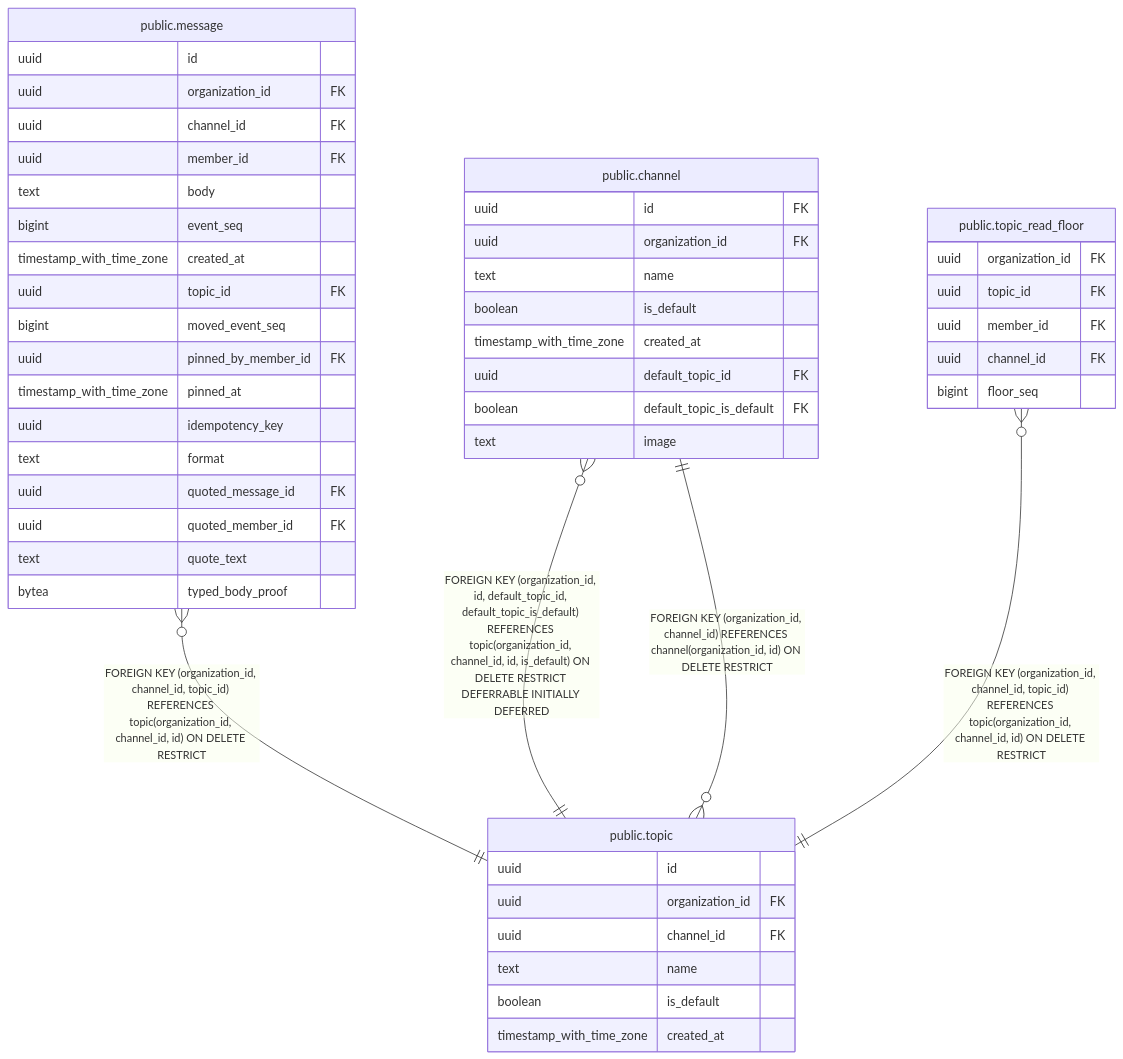
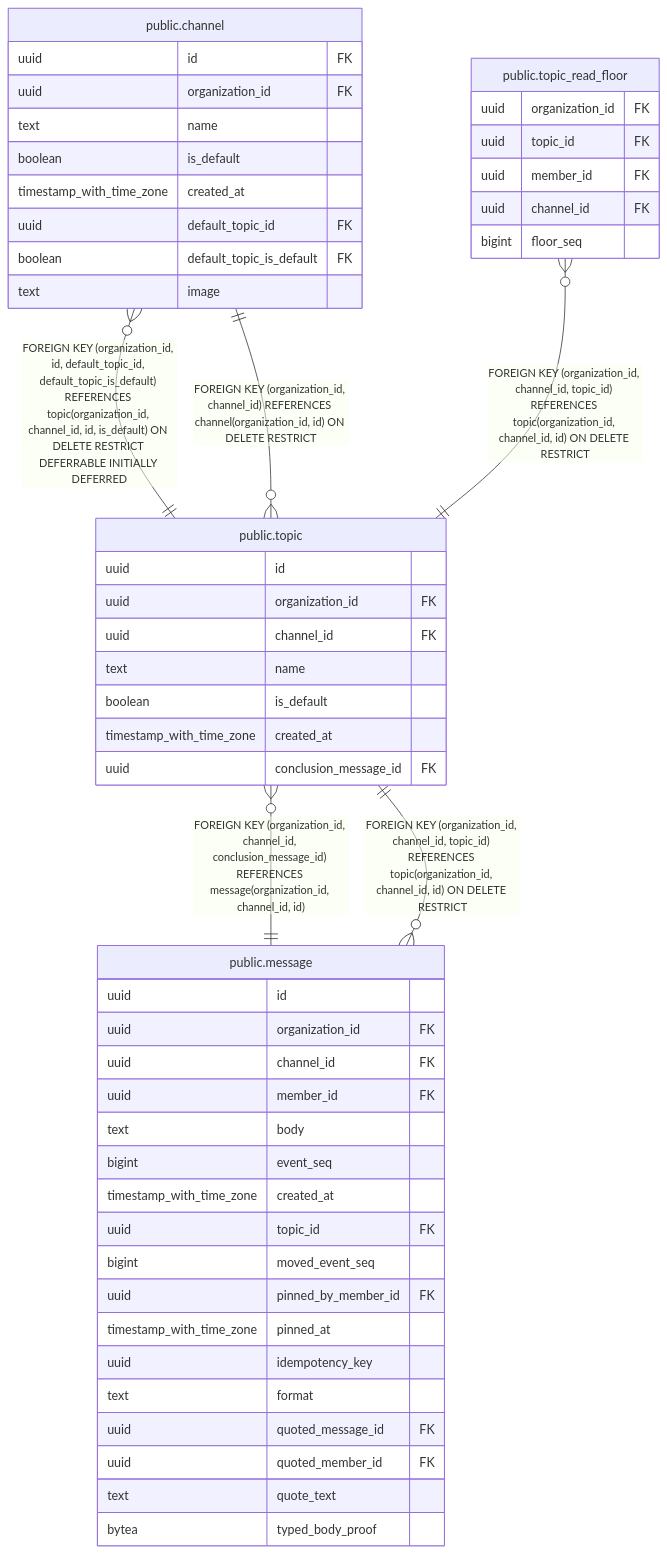
One commit to tkakkie/ribbitto changed the diagram in docs/schema/public.topic.md. Above: the diagram before and after it, drawn with Mermaid. The commit also changed other lines of this file and 12 other files, not shown here.

First line of the commit message:
feat(conversation): add topic conclusion schema

````diff
--- a/docs/schema/public.topic.md
+++ b/docs/schema/public.topic.md
@@ -42,53 +45,55 @@
 ```mermaid
 erDiagram
 
 "public.channel" }o--|| "public.topic" : "FOREIGN KEY (organization_id, id, default_topic_id, default_topic_is_default) REFERENCES topic(organization_id, channel_id, id, is_default) ON DELETE RESTRICT DEFERRABLE INITIALLY DEFERRED"
 "public.message" }o--|| "public.topic" : "FOREIGN KEY (organization_id, channel_id, topic_id) REFERENCES topic(organization_id, channel_id, id) ON DELETE RESTRICT"
 "public.topic_read_floor" }o--|| "public.topic" : "FOREIGN KEY (organization_id, channel_id, topic_id) REFERENCES topic(organization_id, channel_id, id) ON DELETE RESTRICT"
 "public.topic" }o--|| "public.channel" : "FOREIGN KEY (organization_id, channel_id) REFERENCES channel(organization_id, id) ON DELETE RESTRICT"
+"public.topic" }o--|| "public.message" : "FOREIGN KEY (organization_id, channel_id, conclusion_message_id) REFERENCES message(organization_id, channel_id, id)"
 
 "public.topic" {
   uuid id
   uuid organization_id FK
   uuid channel_id FK
   text name
   boolean is_default
   timestamp_with_time_zone created_at
+  uuid conclusion_message_id FK
 }
 "public.channel" {
   uuid id FK
   uuid organization_id FK
   text name
   boolean is_default
   timestamp_with_time_zone created_at
   uuid default_topic_id FK
   boolean default_topic_is_default FK
   text image
 }
 "public.message" {
   uuid id
   uuid organization_id FK
   uuid channel_id FK
   uuid member_id FK
   text body
   bigint event_seq
   timestamp_with_time_zone created_at
   uuid topic_id FK
   bigint moved_event_seq
   uuid pinned_by_member_id FK
   timestamp_with_time_zone pinned_at
   uuid idempotency_key
   text format
   uuid quoted_message_id FK
   uuid quoted_member_id FK
   text quote_text
   bytea typed_body_proof
 }
 "public.topic_read_floor" {
   uuid organization_id FK
   uuid topic_id FK
   uuid member_id FK
   uuid channel_id FK
   bigint floor_seq
 }
 ```
````
